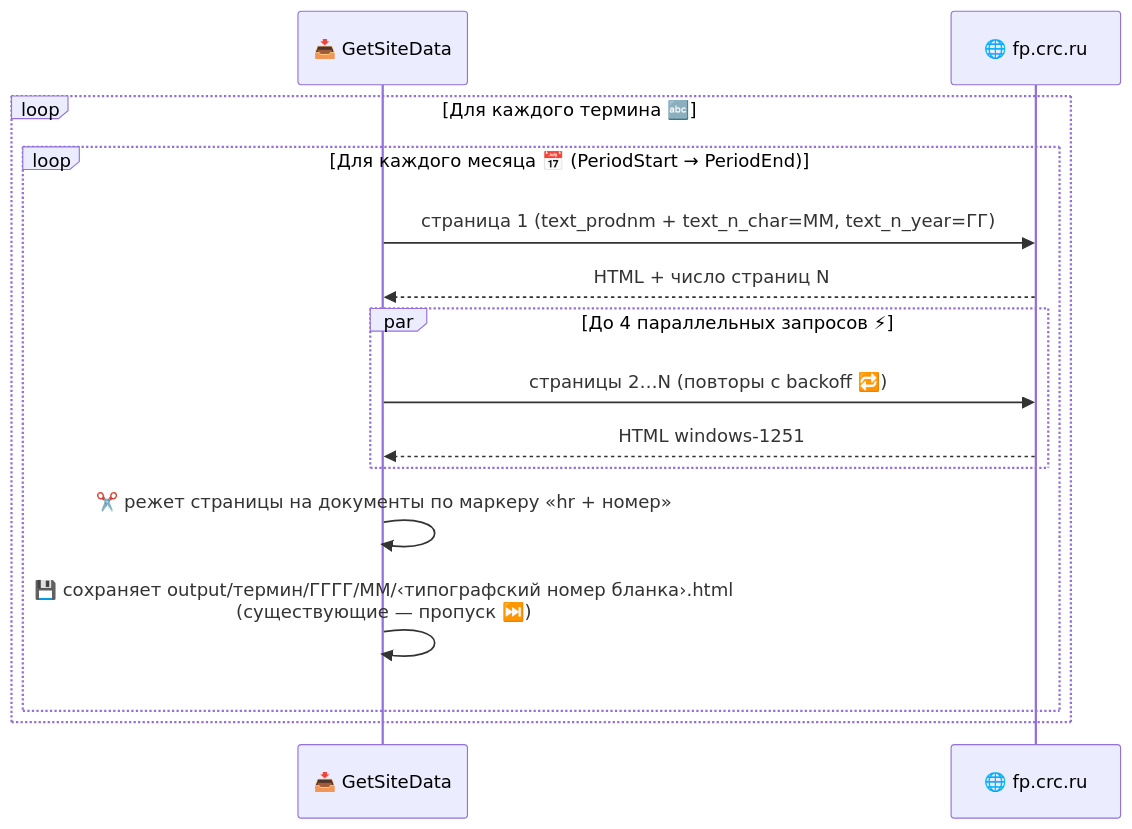
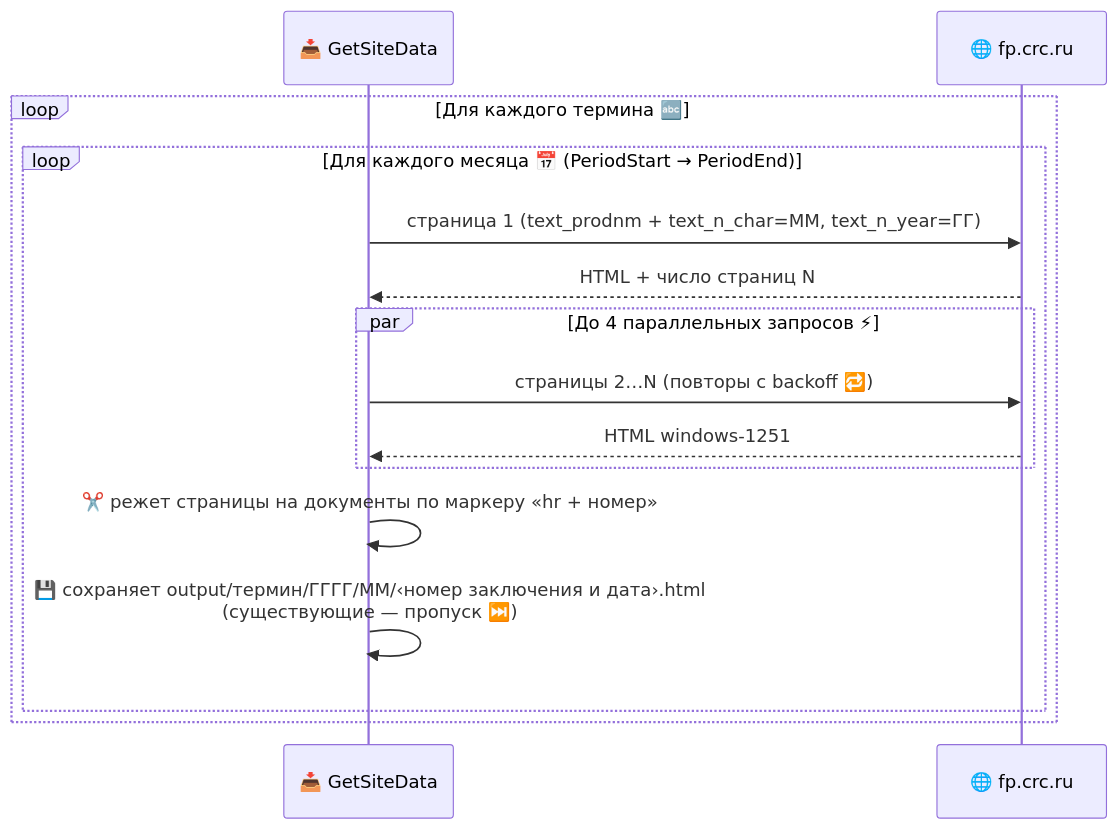
The third of 4 diagrams in README.md (akprof2000/Get-data-from-fp.crc.ru), drawn with Mermaid before and after one commit. The commit also changed other lines of this file and 1 other file, not shown here.

First line of the commit message:
Имя файла документа — «Номер заключения и дата», бланк как запасной

````diff
--- a/README.md
+++ b/README.md
@@ -85,17 +85,17 @@
 ```mermaid
 sequenceDiagram
     participant App as 📥 GetSiteData
     participant Site as 🌐 fp.crc.ru
     loop Для каждого термина 🔤
         loop Для каждого месяца 📅 (PeriodStart → PeriodEnd)
             App->>Site: страница 1 (text_prodnm + text_n_char=ММ, text_n_year=ГГ)
             Site-->>App: HTML + число страниц N
             par До 4 параллельных запросов ⚡
                 App->>Site: страницы 2…N (повторы с backoff 🔁)
                 Site-->>App: HTML windows-1251
             end
             App->>App: ✂️ режет страницы на документы по маркеру «hr + номер»
-            App->>App: 💾 сохраняет output/термин/ГГГГ/ММ/‹типографский номер бланка›.html<br>(существующие — пропуск ⏭️)
+            App->>App: 💾 сохраняет output/термин/ГГГГ/ММ/‹номер заключения и дата›.html<br>(существующие — пропуск ⏭️)
         end
     end
 ```
````
